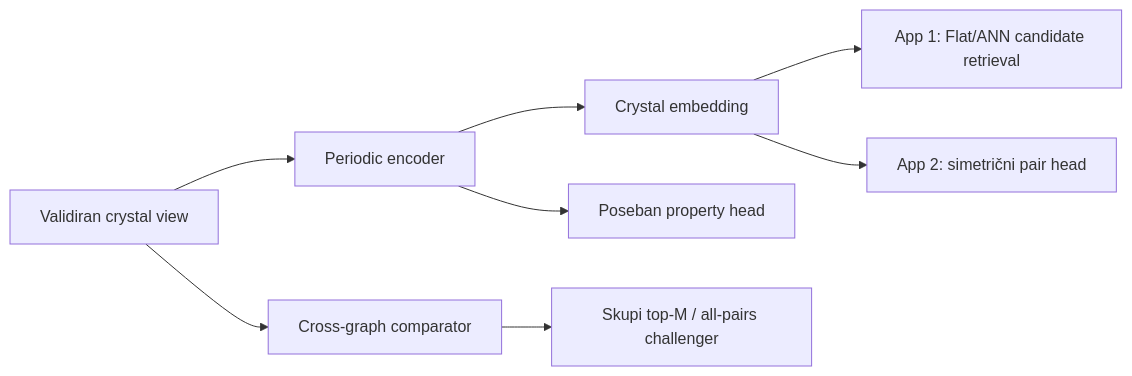
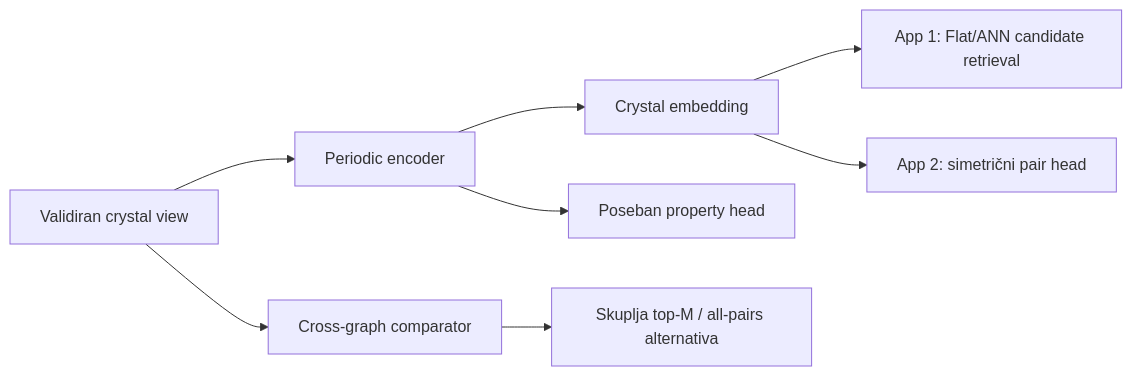
One commit to nemper/crystallography-and-ml-theory changed the diagram in ml-ai-strategy/docs/deep/05-periodic-crystal-encoders.md. Above: the diagram before and after it, drawn with Mermaid. The commit also changed other lines of this file and 49 other files, not shown here.

````diff
--- a/ml-ai-strategy/docs/deep/05-periodic-crystal-encoders.md
+++ b/ml-ai-strategy/docs/deep/05-periodic-crystal-encoders.md
@@ -28,10 +26,10 @@
 ```mermaid
 flowchart LR
     C[Validiran crystal view] --> E[Periodic encoder]
     E --> Z[Crystal embedding]
     Z --> R[App 1: Flat/ANN candidate retrieval]
     Z --> P[App 2: simetrični pair head]
     C --> X[Cross-graph comparator]
-    X --> Q[Skupi top-M / all-pairs challenger]
+    X --> Q[Skuplja top-M / all-pairs alternativa]
     E --> Y[Poseban property head]
 ```
````
